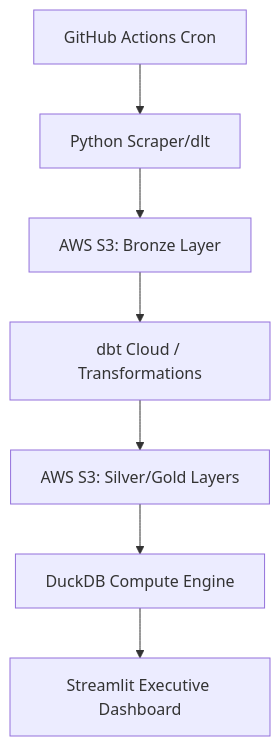
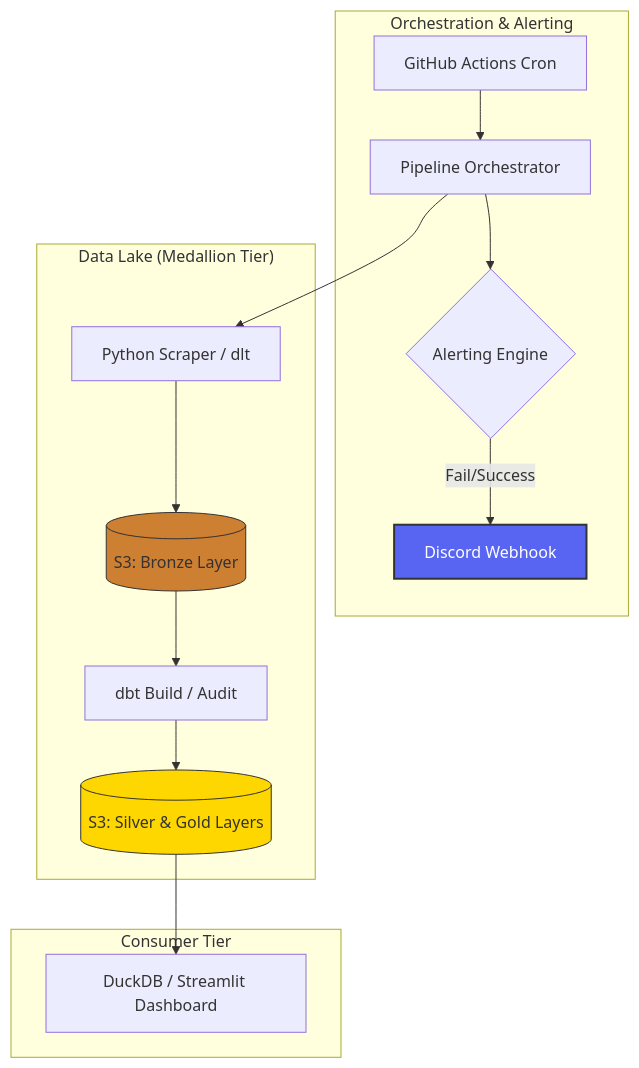
One commit to crylz-z/Agri-Price-Intelligence-Platform changed the diagram in README.md. Above: the diagram before and after it, drawn with Mermaid. The commit also changed other lines of this file, not shown here.

Commit message:
docs: update architecture diagram and add alerting configuration

````diff
--- a/README.md
+++ b/README.md
@@ -9,9 +9,23 @@
 ```mermaid
 graph TD
-    A[GitHub Actions Cron] --> B[Python Scraper/dlt]
-    B --> C[AWS S3: Bronze Layer]
-    C --> D[dbt Cloud / Transformations]
-    D --> E[AWS S3: Silver/Gold Layers]
-    E --> F[DuckDB Compute Engine]
-    F --> G[Streamlit Executive Dashboard]
+    subgraph "Orchestration & Alerting"
+        A[GitHub Actions Cron] --> B[Pipeline Orchestrator]
+        B --> H{Alerting Engine}
+        H -->|Fail/Success| I[Discord Webhook]
+    end
+
+    subgraph "Data Lake (Medallion Tier)"
+        B --> C[Python Scraper / dlt]
+        C --> D[(S3: Bronze Layer)]
+        D --> E[dbt Build / Audit]
+        E --> F[(S3: Silver & Gold Layers)]
+    end
+
+    subgraph "Consumer Tier"
+        F --> G[DuckDB / Streamlit Dashboard]
+    end
+
+    style I fill:#5865f2,stroke:#333,stroke-width:2px,color:#fff
+    style D fill:#cd7f32,stroke:#333
+    style F fill:#ffd700,stroke:#333
 ```
````
